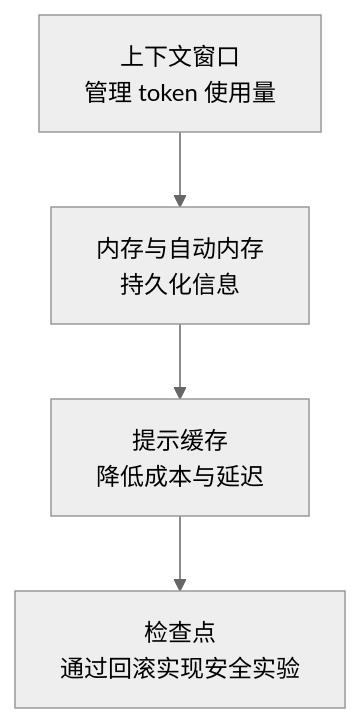
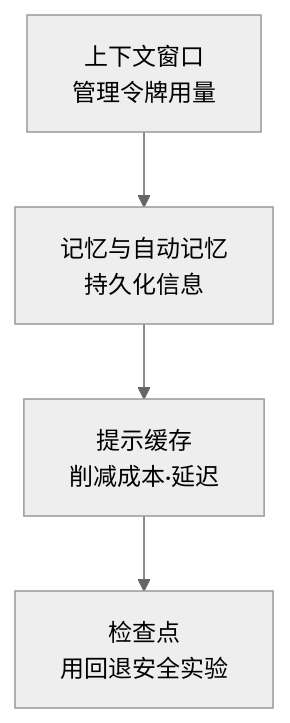
Before and after one commit to modu-ai/moai-adk: the diagram in docs-site/content/zh/claude-code/context-memory/_index.md, drawn with Mermaid (neutral theme). The commit also changed other lines of this file and 395 other files, not shown here.

````diff
--- a/docs-site/content/zh/claude-code/context-memory/_index.md
+++ b/docs-site/content/zh/claude-code/context-memory/_index.md
@@ -16,6 +18,6 @@
 ```mermaid
 flowchart TD
-    A[上下文窗口<br>管理 token 使用量] --> B[内存与自动内存<br>持久化信息]
-    B --> C[提示缓存<br>降低成本与延迟]
-    C --> D[检查点<br>通过回滚实现安全实验]
+    A[上下文窗口<br>管理令牌用量] --> B[记忆与自动记忆<br>持久化信息]
+    B --> C[提示缓存<br>削减成本·延迟]
+    C --> D[检查点<br>用回退安全实验]
 ```
````
